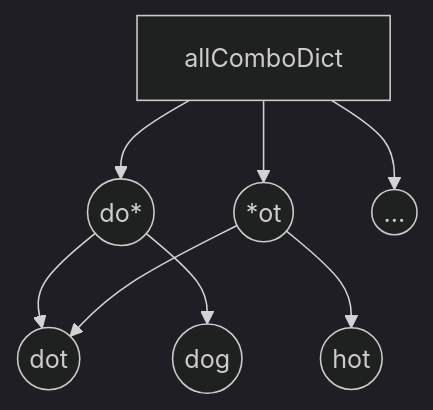
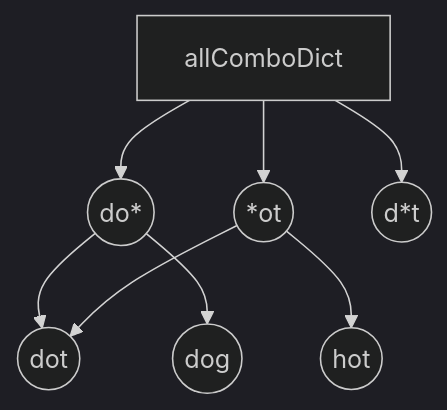
The diagram in leetcode/127.md (tianxia1221/Algorithm), drawn with Mermaid (dark theme) before and after one commit. The commit also changed other lines of this file and 11 other files, not shown here.

````diff
--- a/leetcode/127.md
+++ b/leetcode/127.md
@@ -238,12 +245,12 @@
 ```mermaid
 graph TB
     allComboDict --> 1((do*))
     allComboDict --> 11((*ot)) 
-     allComboDict --> 111((...)) 
+     allComboDict --> 111((d*t)) 
 	1 --> dot((dot))
 	1 --> dog((dog))
 	
 	11 --> hot((hot))
 	11 --> dot
 
 ```
````
